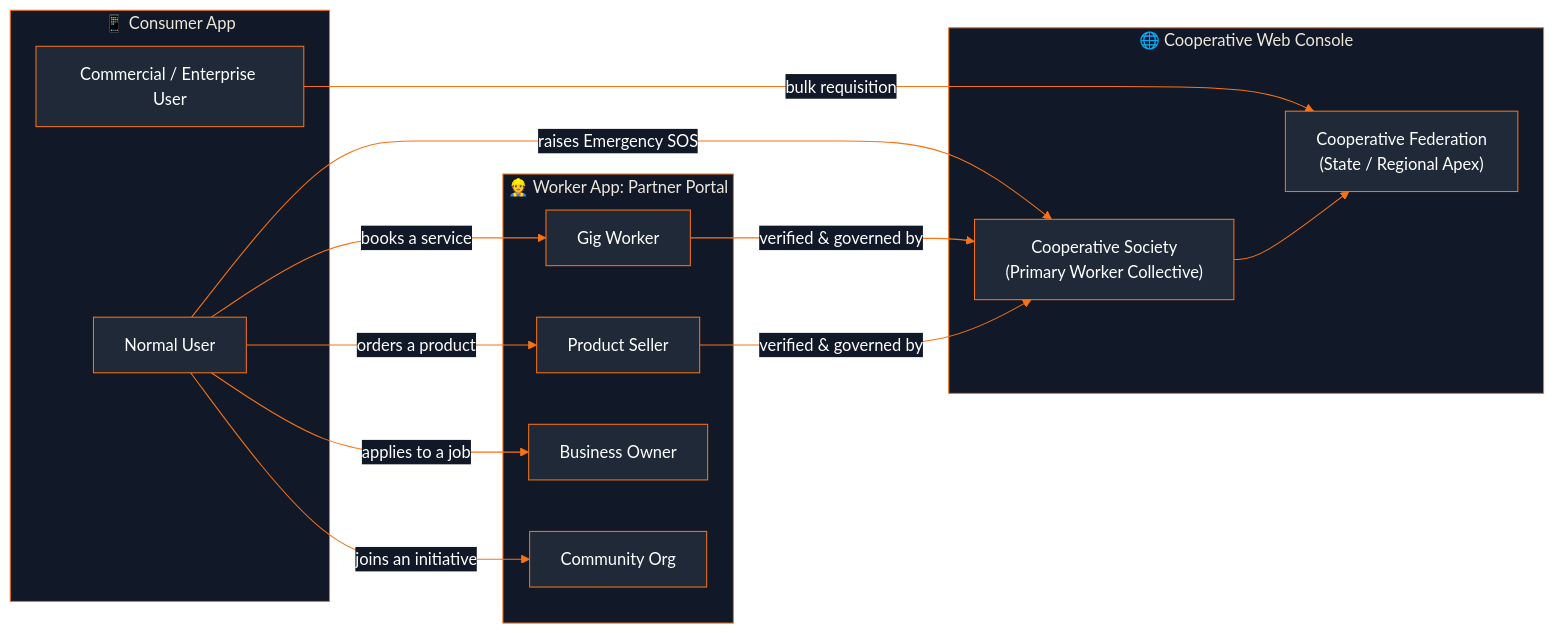
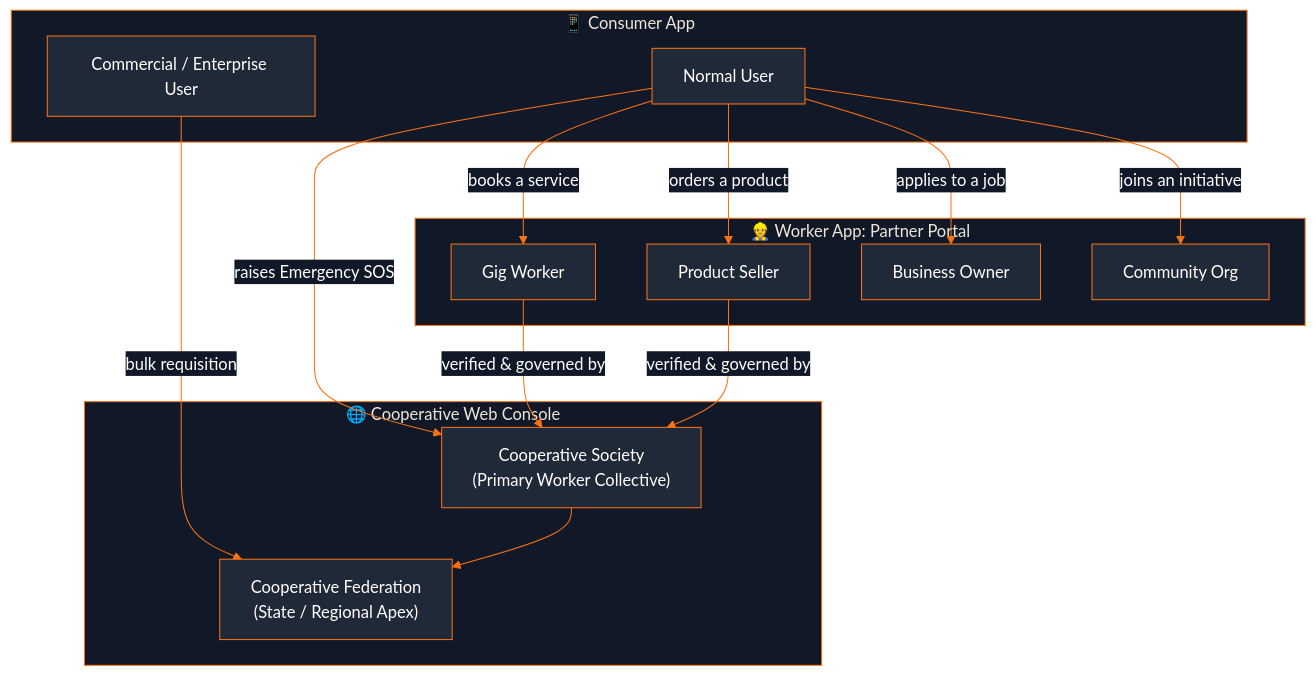
The first of 5 diagrams in README.md (ansh-kukreja/SkillsKart), drawn with Mermaid before and after one commit. The commit also changed other lines of this file, not shown here.

````diff
--- a/README.md
+++ b/README.md
@@ -99,31 +97,31 @@
 ```mermaid
 %%{init: {'theme':'base', 'themeVariables': {'primaryColor':'#1F2937','primaryTextColor':'#FFFFFF','primaryBorderColor':'#F97316','lineColor':'#F97316','secondaryColor':'#374151','tertiaryColor':'#111827','clusterBkg':'#111827','clusterBorder':'#F97316','edgeLabelBackground':'#111827'}}}%%
-flowchart LR
+flowchart TB
     subgraph Demand["📱 Consumer App"]
         NU["Normal User"]
         EU["Commercial / Enterprise User"]
     end
 
     subgraph Partners["👷 Worker App: Partner Portal"]
         GW["Gig Worker"]
         PS["Product Seller"]
         BO["Business Owner"]
         CO["Community Org"]
     end
 
     subgraph Governance["🌐 Cooperative Web Console"]
         SOC["Cooperative Society\n(Primary Worker Collective)"]
         FED["Cooperative Federation\n(State / Regional Apex)"]
     end
 
     NU -- "books a service" --> GW
     NU -- "orders a product" --> PS
     NU -- "applies to a job" --> BO
     NU -- "joins an initiative" --> CO
     NU -- "raises Emergency SOS" --> SOC
     EU -- "bulk requisition" --> FED
 
     GW -- "verified & governed by" --> SOC
     PS -- "verified & governed by" --> SOC
     SOC --> FED
 ```
````
